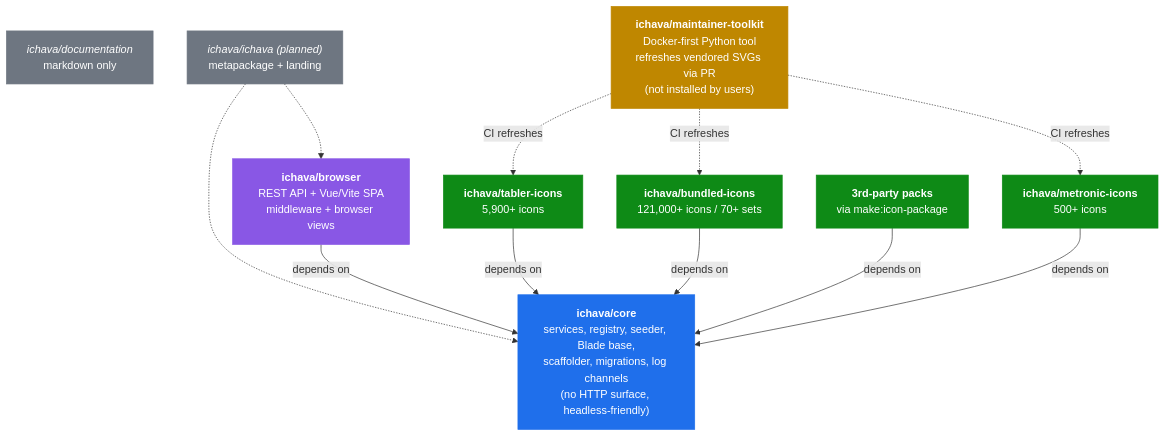
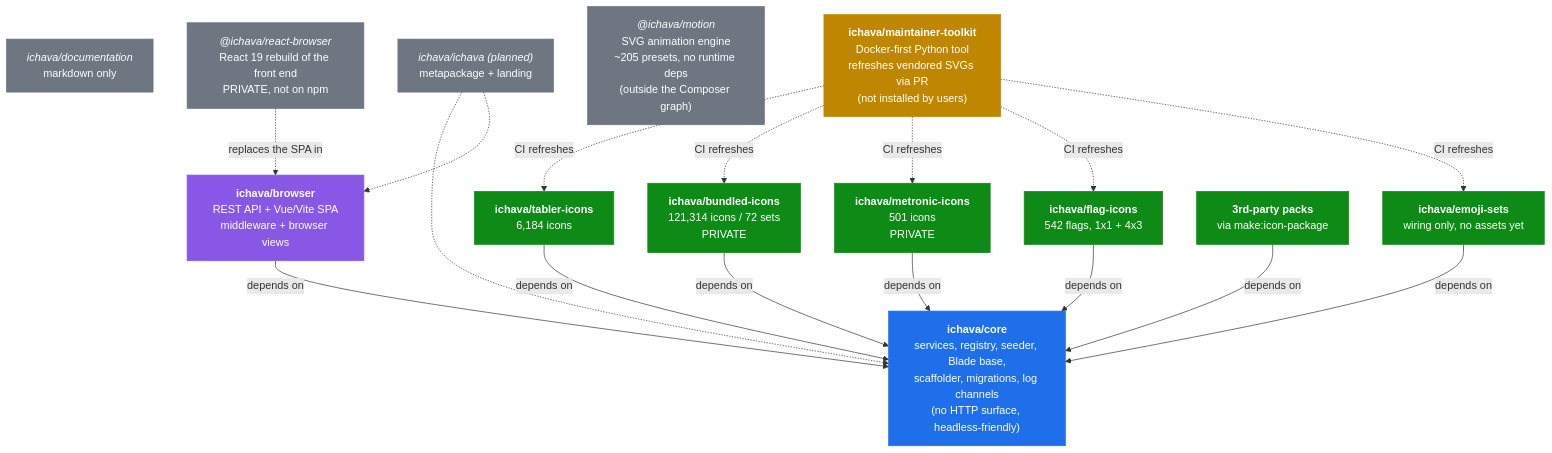
Before and after one commit to ichava/documentation: the first of 3 diagrams in architecture.md, drawn with Mermaid. The commit also changed other lines of this file and 16 other files, not shown here.

````diff
--- a/architecture.md
+++ b/architecture.md
@@ -11,34 +11,43 @@
 ```mermaid
 flowchart TB
     core["<b>ichava/core</b><br/>services, registry, seeder, Blade base,<br/>scaffolder, migrations, log channels<br/>(no HTTP surface, headless-friendly)"]
     browser["<b>ichava/browser</b><br/>REST API + Vue/Vite SPA<br/>middleware + browser views"]
-    tabler["<b>ichava/tabler-icons</b><br/>5,900+ icons"]
-    bundled["<b>ichava/bundled-icons</b><br/>121,000+ icons / 70+ sets"]
-    metronic["<b>ichava/metronic-icons</b><br/>500+ icons"]
+    tabler["<b>ichava/tabler-icons</b><br/>6,184 icons"]
+    bundled["<b>ichava/bundled-icons</b><br/>121,314 icons / 72 sets<br/>PRIVATE"]
+    metronic["<b>ichava/metronic-icons</b><br/>501 icons<br/>PRIVATE"]
+    flag["<b>ichava/flag-icons</b><br/>542 flags, 1x1 + 4x3"]
+    emoji["<b>ichava/emoji-sets</b><br/>wiring only, no assets yet"]
     third["<b>3rd-party packs</b><br/>via make:icon-package"]
     docs["<i>ichava/documentation</i><br/>markdown only"]
     meta["<i>ichava/ichava (planned)</i><br/>metapackage + landing"]
     toolkit["<b>ichava/maintainer-toolkit</b><br/>Docker-first Python tool<br/>refreshes vendored SVGs via PR<br/>(not installed by users)"]
+    motion["<i>@ichava/motion</i><br/>SVG animation engine<br/>~205 presets, no runtime deps<br/>(outside the Composer graph)"]
+    react["<i>@ichava/react-browser</i><br/>React 19 rebuild of the front end<br/>PRIVATE, not on npm"]
 
     browser -- depends on --> core
     tabler -- depends on --> core
     bundled -- depends on --> core
     metronic -- depends on --> core
+    flag -- depends on --> core
+    emoji -- depends on --> core
     third -- depends on --> core
     meta -.-> core
     meta -.-> browser
     toolkit -. CI refreshes .-> tabler
     toolkit -. CI refreshes .-> bundled
     toolkit -. CI refreshes .-> metronic
+    toolkit -. CI refreshes .-> flag
+    toolkit -. CI refreshes .-> emoji
+    react -. replaces the SPA in .-> browser
 
     classDef engine fill:#1f6feb,stroke:#1f6feb,color:#fff
     classDef http fill:#8957e5,stroke:#8957e5,color:#fff
     classDef pack fill:#0e8a16,stroke:#0e8a16,color:#fff
     classDef other fill:#6e7681,stroke:#6e7681,color:#fff
     classDef tooling fill:#bf8700,stroke:#bf8700,color:#fff
     class core engine
     class browser http
-    class tabler,bundled,metronic,third pack
-    class docs,meta other
+    class tabler,bundled,metronic,flag,emoji,third pack
+    class docs,meta,motion,react other
     class toolkit tooling
 ```
````
